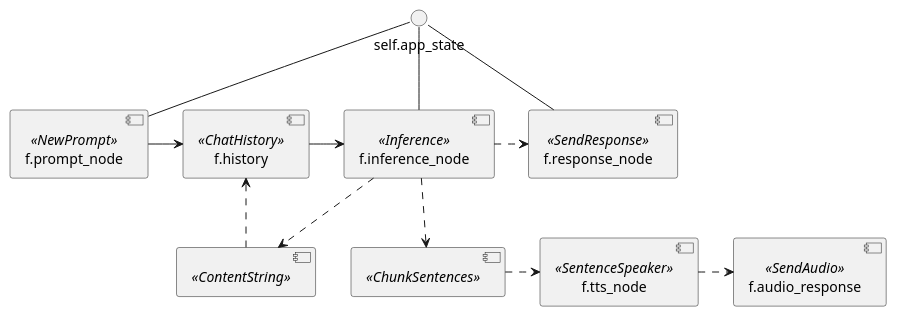
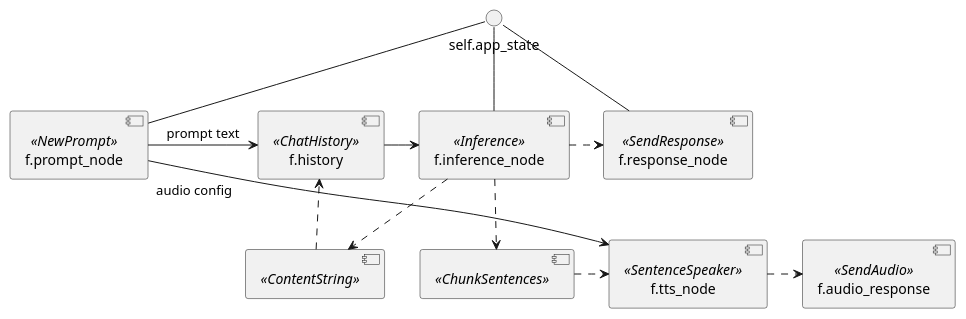
One commit to computemachines/flower-assistant changed the first of 2 diagrams in ARCHITECTURE.md. Above: the diagram before and after it, drawn with PlantUML. The commit also changed other lines of this file and 2 other files, not shown here.

First line of the commit message:
Refactor architecture documentation and enhance message schema definitions

````diff
--- a/ARCHITECTURE.md
+++ b/ARCHITECTURE.md
@@ -116,25 +132,26 @@
 ```plantuml
 @startuml
 
 interface "self.app_state" as app_state 
 component "f.prompt_node" as prompt_node <<NewPrompt>>
 component "f.inference_node" as inference_node <<Inference>>
 component "f.response_node" as response_node <<SendResponse>>
 component "f.history" as history_node <<ChatHistory>>
 component "f.tts_node" as tts_node <<SentenceSpeaker>>
 component "f.audio_response" as audio_response_node <<SendAudio>>
 component " " as chunk_sentences_node <<ChunkSentences>>
 component " " as content_string_node <<ContentString>>
 app_state -- prompt_node 
 app_state -- inference_node
 history_node -> inference_node
 inference_node .> response_node
 app_state -- response_node
-prompt_node -> history_node
+prompt_node -> history_node : "prompt text" 
+prompt_node "\naudio config" -> tts_node
 content_string_node .> history_node
 inference_node ..> chunk_sentences_node
 inference_node ..> content_string_node
 chunk_sentences_node .> tts_node
 tts_node .> audio_response_node
 @enduml
 ```
````
